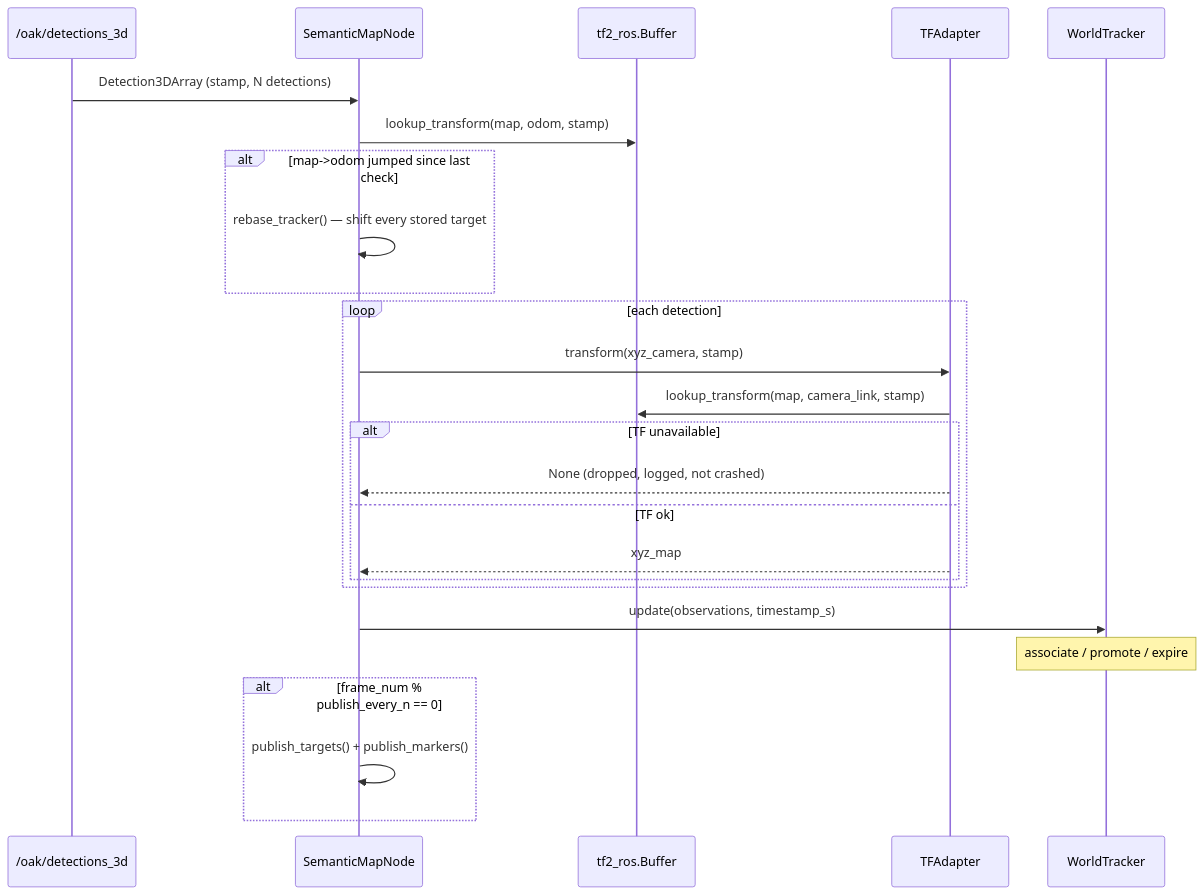
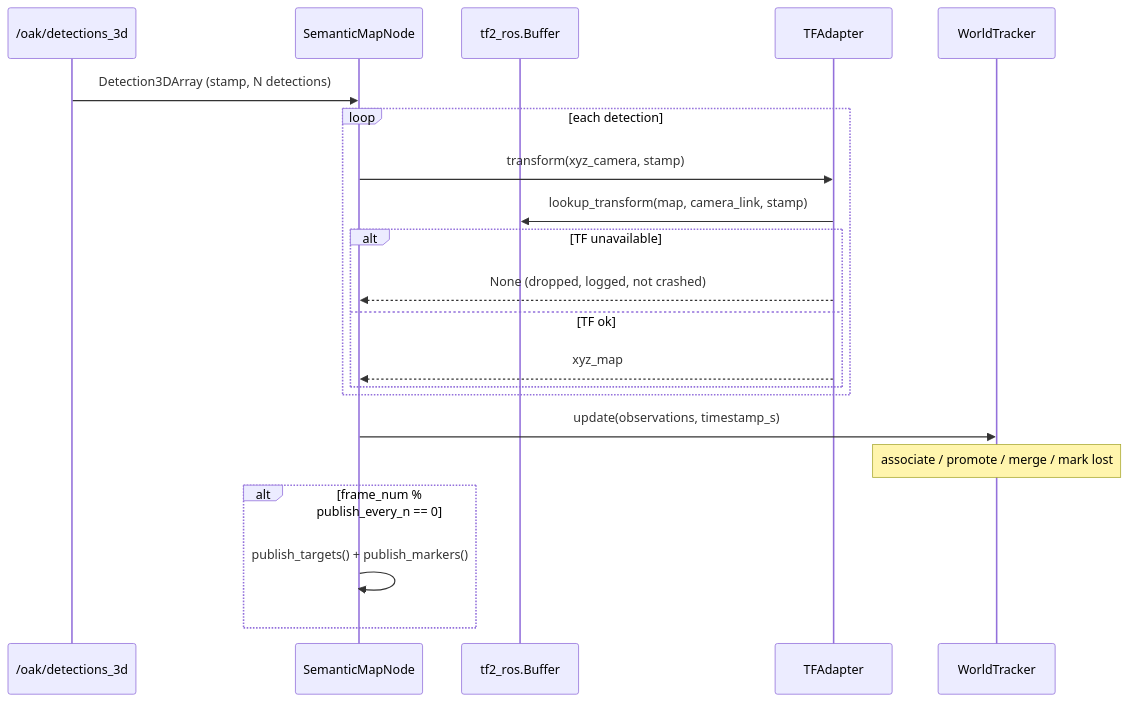
Before and after one commit to Boston-Robot-Hackers/dome_semantic: the diagram in process/01-literate/13-semantic_map_node.md, drawn with Mermaid. The commit also changed other lines of this file and 25 other files, not shown here.

First line of the commit message:
feat(F36): stable targets — no re-basing, 0.4 m can radius, merge pass, keep lost

````diff
--- a/process/01-literate/13-semantic_map_node.md
+++ b/process/01-literate/13-semantic_map_node.md
@@ -42,28 +40,24 @@
 ```mermaid
 sequenceDiagram
     participant Cam as /oak/detections_3d
     participant Node as SemanticMapNode
     participant TF as tf2_ros.Buffer
     participant Adapter as TFAdapter
     participant Tracker as WorldTracker
 
     Cam->>Node: Detection3DArray (stamp, N detections)
-    Node->>TF: lookup_transform(map, odom, stamp)
-    alt map->odom jumped since last check
-        Node->>Node: rebase_tracker() — shift every stored target
-    end
     loop each detection
         Node->>Adapter: transform(xyz_camera, stamp)
         Adapter->>TF: lookup_transform(map, camera_link, stamp)
         alt TF unavailable
             Adapter-->>Node: None (dropped, logged, not crashed)
         else TF ok
             Adapter-->>Node: xyz_map
         end
     end
     Node->>Tracker: update(observations, timestamp_s)
-    Note over Tracker: associate / promote / expire
+    Note over Tracker: associate / promote / merge / mark lost
     alt frame_num % publish_every_n == 0
         Node->>Node: publish_targets() + publish_markers()
     end
 ```
````
